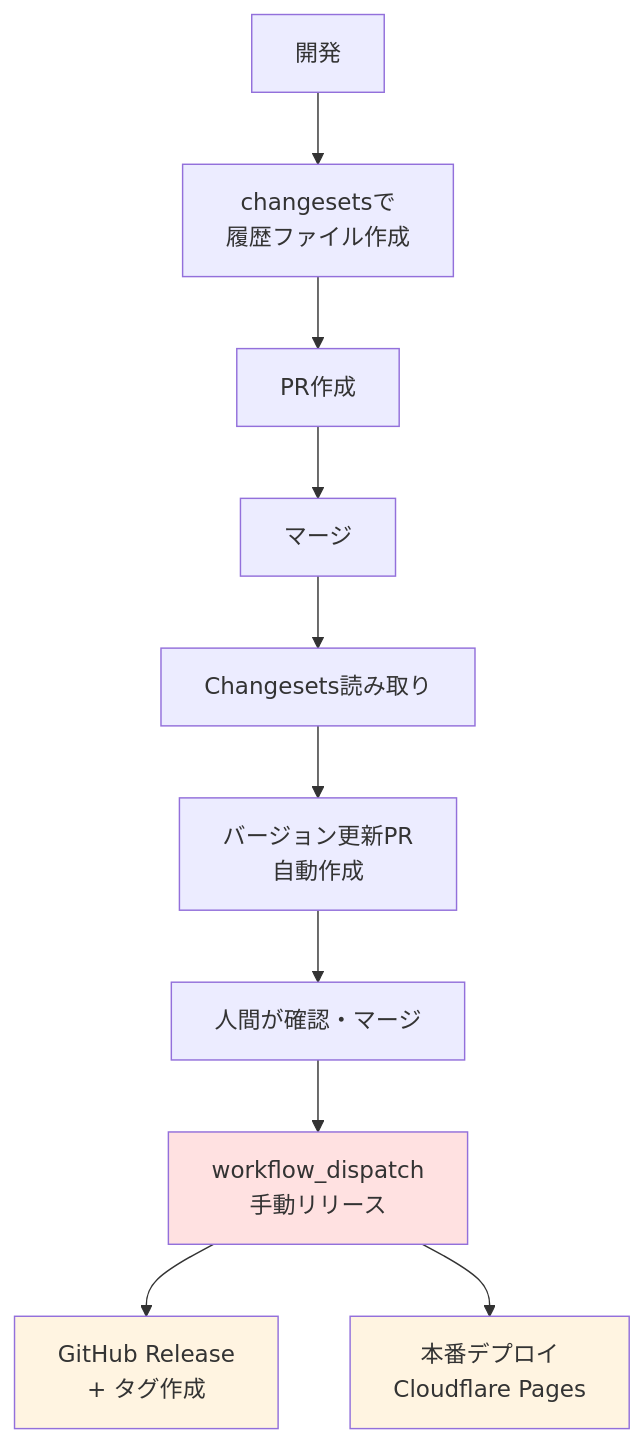
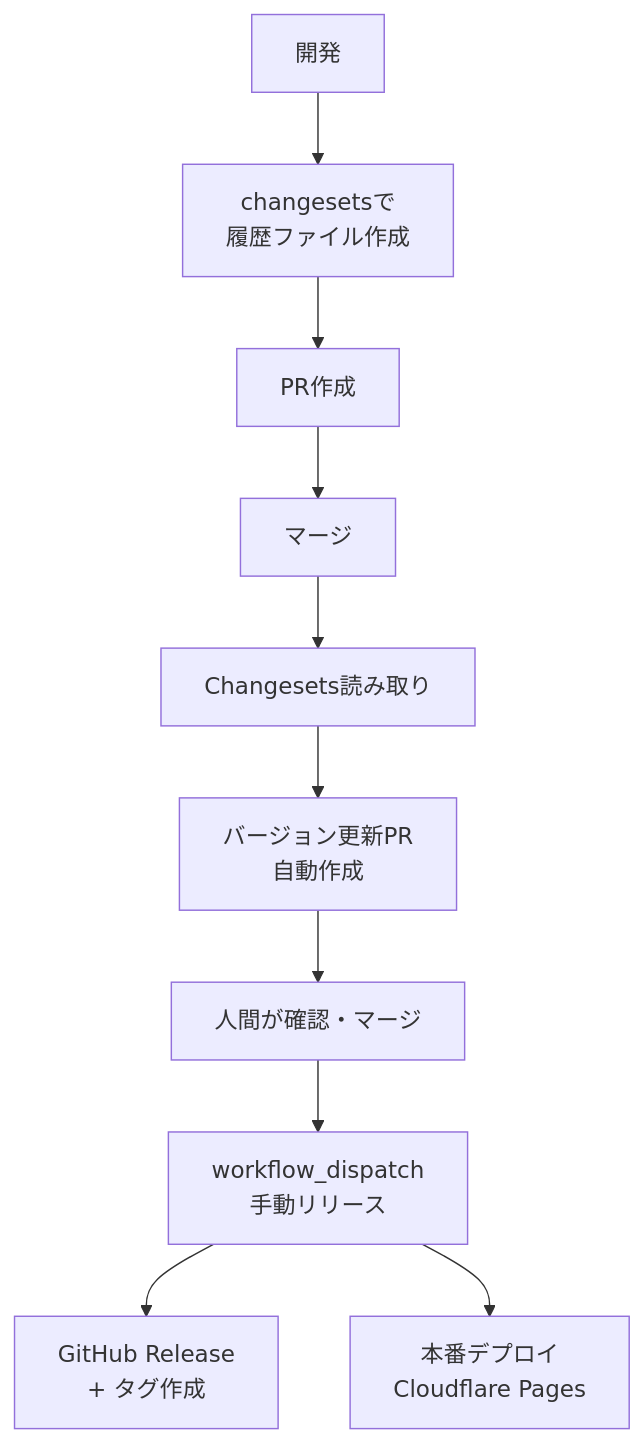
Before and after one commit to tooppoo/zenn-docs: the second of 2 diagrams in articles/app_release_flow_2025.md, drawn with Mermaid. The commit also changed other lines of this file, not shown here.

````diff
--- a/articles/app_release_flow_2025.md
+++ b/articles/app_release_flow_2025.md
@@ -80,16 +77,12 @@
 ```mermaid
 graph TD
     A[開発] --> A2[changesetsで<br>履歴ファイル作成]
     A2 --> B[PR作成]
     B --> C[マージ]
     C --> G[Changesets読み取り]
     G --> H[バージョン更新PR<br/>自動作成]
     H --> I[人間が確認・マージ]
     I --> J[workflow_dispatch<br/>手動リリース]
     J --> K[GitHub Release<br/>+ タグ作成]
     J --> L[本番デプロイ<br/>Cloudflare Pages]
-    
-    style J fill:#ffe1e1
-    style K fill:#fff4e1
-    style L fill:#fff4e1
 ```
````
